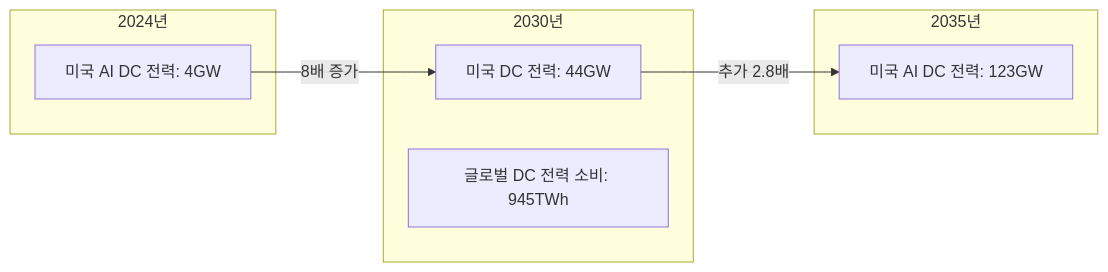
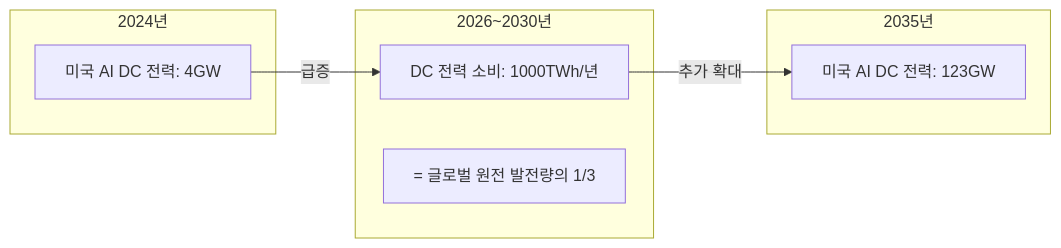
One commit to dss99911/dss99911.github.io changed the fifth of 8 diagrams in _posts/knowledge/invest/2026-03-07-energy-sector-outlook-2026.md. Above: the diagram before and after it, drawn with Mermaid. The commit also changed other lines of this file and 5 other files, not shown here.

````diff
--- a/_posts/knowledge/invest/2026-03-07-energy-sector-outlook-2026.md
+++ b/_posts/knowledge/invest/2026-03-07-energy-sector-outlook-2026.md
@@ -56,15 +157,15 @@
 ```mermaid
 graph LR
     subgraph 현재["2024년"]
         A1["미국 AI DC 전력: 4GW"]
     end
-    subgraph 중기["2030년"]
-        A2["미국 DC 전력: 44GW"]
-        A3["글로벌 DC 전력 소비: 945TWh"]
+    subgraph 중기["2026~2030년"]
+        A2["DC 전력 소비: 1000TWh/년"]
+        A3["= 글로벌 원전 발전량의 1/3"]
     end
     subgraph 장기["2035년"]
         A4["미국 AI DC 전력: 123GW"]
     end
-    A1 -->|"8배 증가"| A2
-    A2 -->|"추가 2.8배"| A4
+    A1 -->|"급증"| A2
+    A2 -->|"추가 확대"| A4
 ```
````
